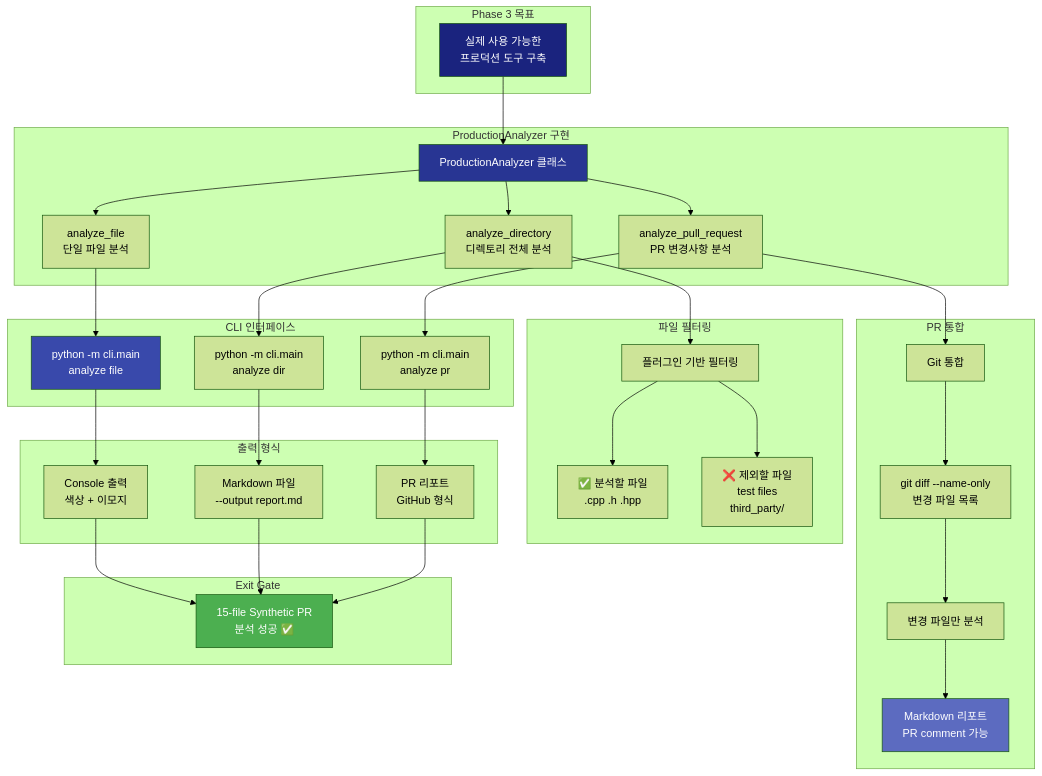
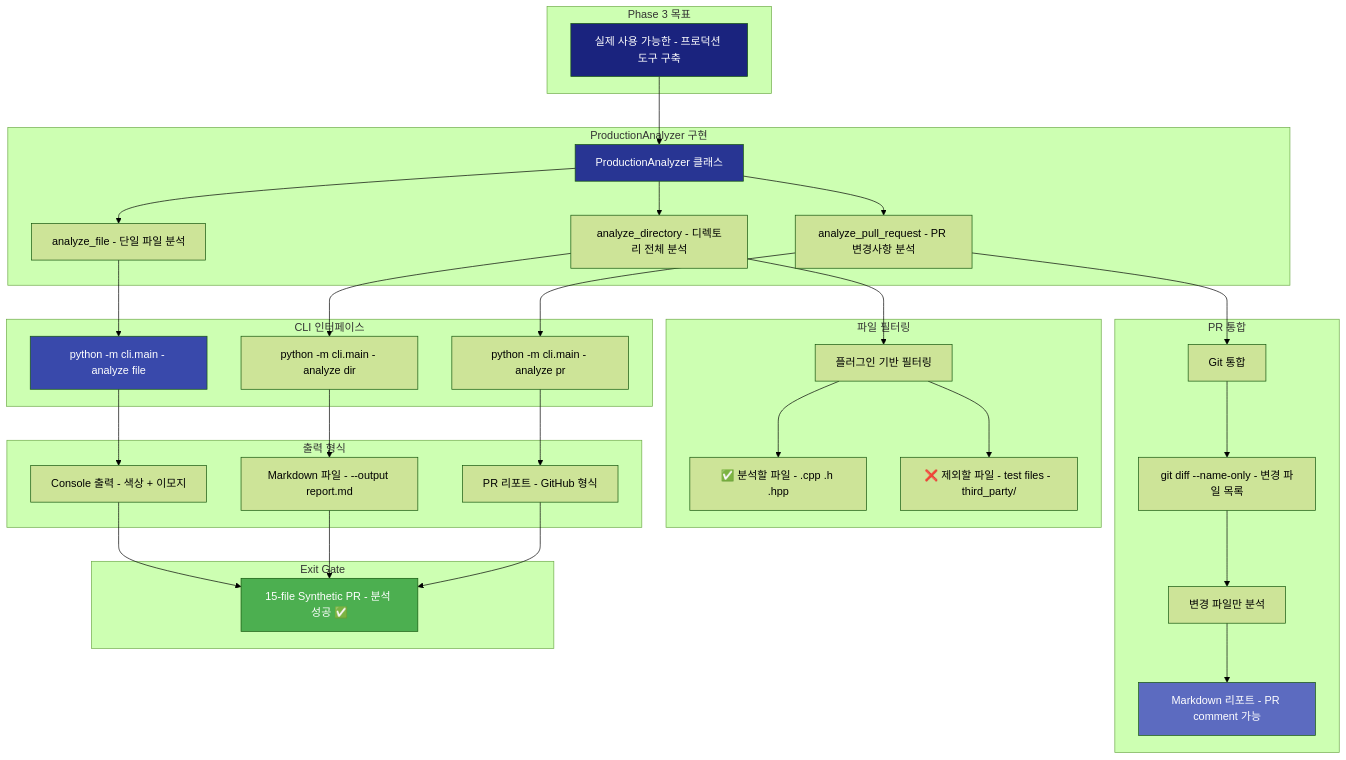
One commit to ApeachM/llm-code-reviewer changed diagram 17 of 39 in PRESENTATION.md. Above: the diagram before and after it, drawn with Mermaid (forest theme). The commit also changed other lines of this file, not shown here.

First line of the commit message:
fix: Replace special characters in Mermaid node labels for compatibility

````diff
--- a/PRESENTATION.md
+++ b/PRESENTATION.md
@@ -817,53 +818,53 @@
 ```mermaid
 graph TB
     subgraph "Phase 3 목표"
-        Goal[실제 사용 가능한<br/>프로덕션 도구 구축]
+        Goal[실제 사용 가능한 - 프로덕션 도구 구축]
     end
 
     subgraph "ProductionAnalyzer 구현"
         Goal --> PA[ProductionAnalyzer 클래스]
 
-        PA --> Method1[analyze_file<br/>단일 파일 분석]
-        PA --> Method2[analyze_directory<br/>디렉토리 전체 분석]
-        PA --> Method3[analyze_pull_request<br/>PR 변경사항 분석]
+        PA --> Method1[analyze_file - 단일 파일 분석]
+        PA --> Method2[analyze_directory - 디렉토리 전체 분석]
+        PA --> Method3[analyze_pull_request - PR 변경사항 분석]
     end
 
     subgraph "CLI 인터페이스"
-        Method1 --> CLI1[python -m cli.main<br/>analyze file]
-        Method2 --> CLI2[python -m cli.main<br/>analyze dir]
-        Method3 --> CLI3[python -m cli.main<br/>analyze pr]
+        Method1 --> CLI1[python -m cli.main - analyze file]
+        Method2 --> CLI2[python -m cli.main - analyze dir]
+        Method3 --> CLI3[python -m cli.main - analyze pr]
     end
 
     subgraph "파일 필터링"
         Method2 --> Filter[플러그인 기반 필터링]
 
-        Filter --> Accept[✅ 분석할 파일<br/>.cpp .h .hpp]
-        Filter --> Skip[❌ 제외할 파일<br/>test files<br/>third_party/]
+        Filter --> Accept[✅ 분석할 파일 - .cpp .h .hpp]
+        Filter --> Skip[❌ 제외할 파일 - test files - third_party/]
     end
 
     subgraph "PR 통합"
         Method3 --> GitFlow[Git 통합]
 
-        GitFlow --> Diff[git diff --name-only<br/>변경 파일 목록]
+        GitFlow --> Diff[git diff --name-only - 변경 파일 목록]
         Diff --> Analyze[변경 파일만 분석]
-        Analyze --> Report[Markdown 리포트<br/>PR comment 가능]
+        Analyze --> Report[Markdown 리포트 - PR comment 가능]
     end
 
     subgraph "출력 형식"
-        CLI1 --> Output1[Console 출력<br/>색상 + 이모지]
-        CLI2 --> Output2[Markdown 파일<br/>--output report.md]
-        CLI3 --> Output3[PR 리포트<br/>GitHub 형식]
+        CLI1 --> Output1[Console 출력 - 색상 + 이모지]
+        CLI2 --> Output2[Markdown 파일 - --output report.md]
+        CLI3 --> Output3[PR 리포트 - GitHub 형식]
     end
 
     subgraph "Exit Gate"
-        Output1 --> Test[15-file Synthetic PR<br/>분석 성공 ✅]
+        Output1 --> Test[15-file Synthetic PR - 분석 성공 ✅]
         Output2 --> Test
         Output3 --> Test
     end
 
     style Goal fill:#1a237e,color:#fff
     style PA fill:#283593,color:#fff
     style CLI1 fill:#3949ab,color:#fff
     style Report fill:#5c6bc0,color:#fff
     style Test fill:#4caf50,color:#fff
 ```
````
